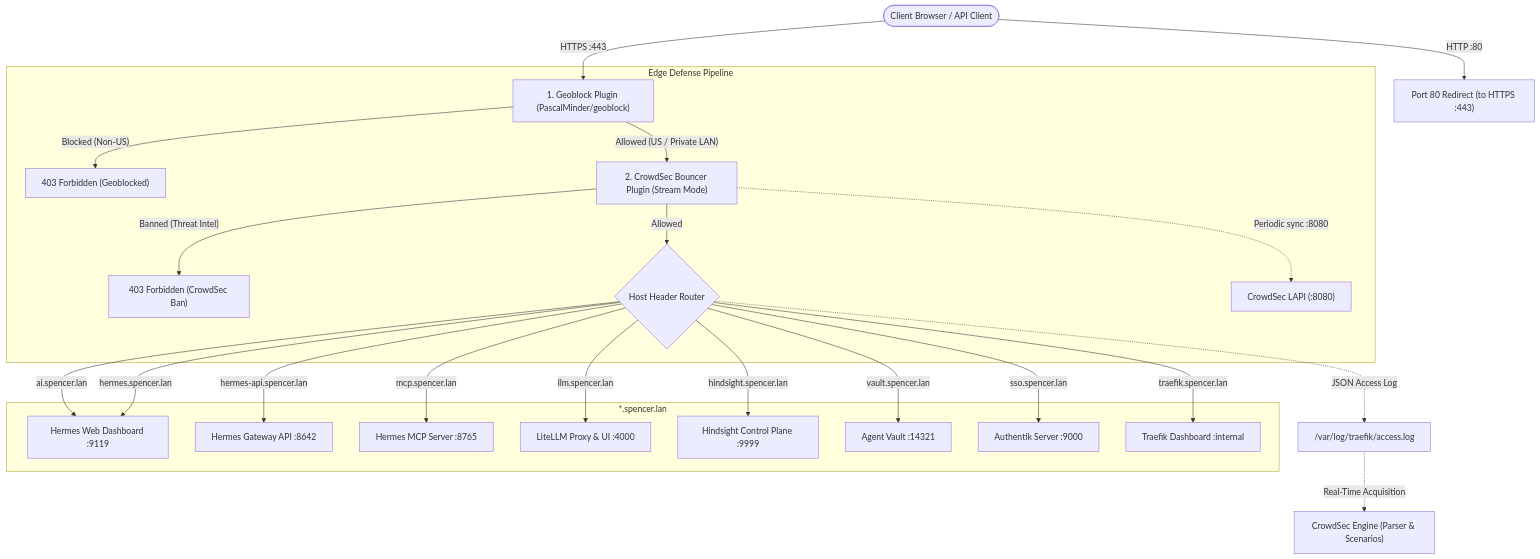
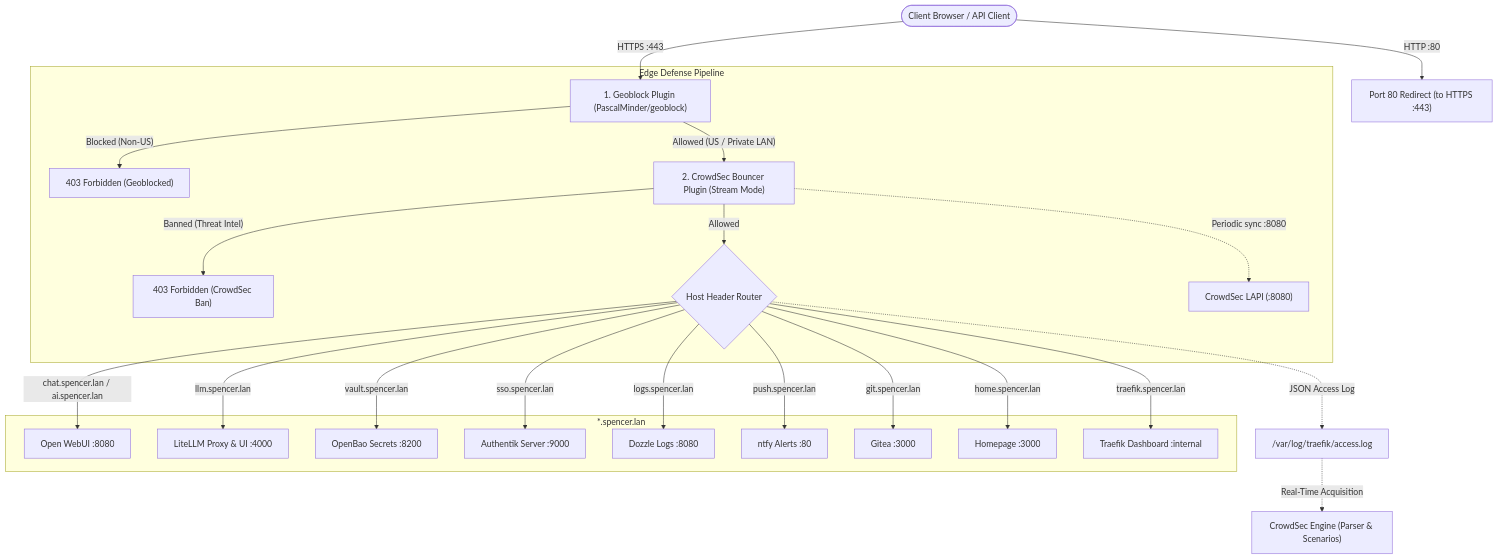
Before and after one commit to jamesbspencer/homelab: the diagram in docs/traefik.md, drawn with Mermaid. The commit also changed 33 other files, not shown here.

````diff
--- a/docs/traefik.md
+++ b/docs/traefik.md
@@ -20,28 +20,28 @@
 ```mermaid
 flowchart TD
     Client([Client Browser / API Client]) -->|HTTP :80| Redirect["Port 80 Redirect (to HTTPS :443)"]
     Client -->|HTTPS :443| Geo["1. Geoblock Plugin (PascalMinder/geoblock)"]
     
     subgraph Edge Defense Pipeline
         Geo -- "Blocked (Non-US)" --> GeoBlock["403 Forbidden (Geoblocked)"]
         Geo -- "Allowed (US / Private LAN)" --> Bouncer["2. CrowdSec Bouncer Plugin (Stream Mode)"]
         Bouncer -- "Banned (Threat Intel)" --> CSBlock["403 Forbidden (CrowdSec Ban)"]
         Bouncer -- "Allowed" --> Router{"Host Header Router"}
         Bouncer -.->|Periodic sync :8080| LAPI["CrowdSec LAPI (:8080)"]
     end
 
     subgraph Service Routing [*.spencer.lan]
-        Router -->|ai.spencer.lan| HermesDash[Hermes Web Dashboard :9119]
-        Router -->|hermes.spencer.lan| HermesDash
-        Router -->|hermes-api.spencer.lan| HermesGateway[Hermes Gateway API :8642]
-        Router -->|mcp.spencer.lan| HermesMCP[Hermes MCP Server :8765]
+        Router -->|chat.spencer.lan / ai.spencer.lan| OpenWebUI[Open WebUI :8080]
         Router -->|llm.spencer.lan| LiteLLM[LiteLLM Proxy & UI :4000]
-        Router -->|hindsight.spencer.lan| HindsightUI[Hindsight Control Plane :9999]
-        Router -->|vault.spencer.lan| AgentVault[Agent Vault :14321]
+        Router -->|vault.spencer.lan| OpenBaoUI[OpenBao Secrets :8200]
         Router -->|sso.spencer.lan| Authentik[Authentik Server :9000]
+        Router -->|logs.spencer.lan| DozzleUI[Dozzle Logs :8080]
+        Router -->|push.spencer.lan| NtfyUI[ntfy Alerts :80]
+        Router -->|git.spencer.lan| GiteaUI[Gitea :3000]
+        Router -->|home.spencer.lan| HomepageUI[Homepage :3000]
         Router -->|traefik.spencer.lan| TraefikDash[Traefik Dashboard :internal]
     end
 
     Router -.->|JSON Access Log| AccessLog["/var/log/traefik/access.log"]
     AccessLog -.->|Real-Time Acquisition| CrowdSecEngine["CrowdSec Engine (Parser & Scenarios)"]
 ```
````
